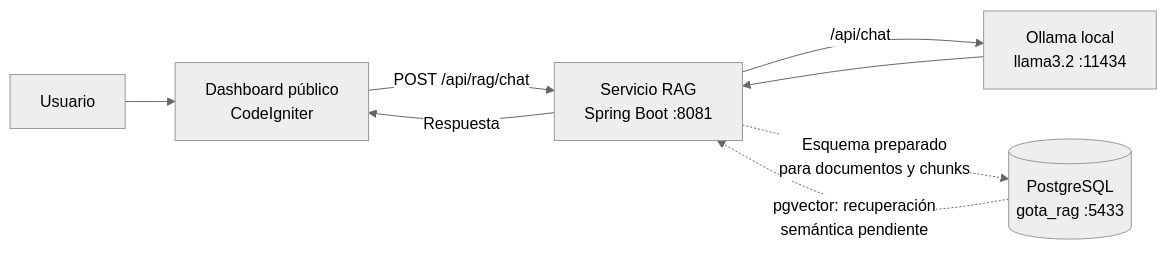
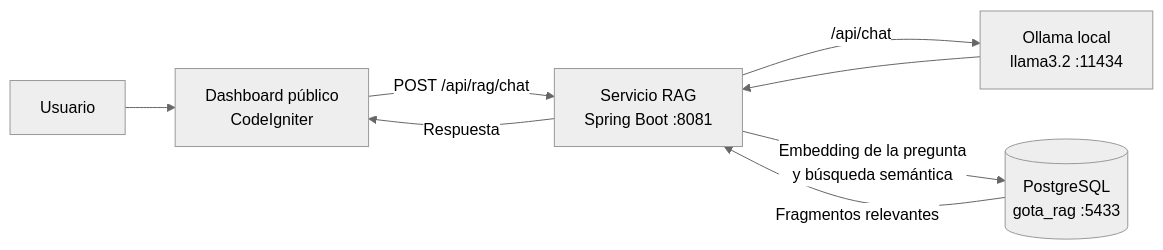
The diagram in rag-service/README.md (uenrqz/GOTA_Ulises), drawn with Mermaid (neutral theme) before and after one commit. The commit also changed other lines of this file and 3 other files, not shown here.

Commit message:
feat: conectar recuperación semántica al chat

````diff
--- a/rag-service/README.md
+++ b/rag-service/README.md
@@ -11,11 +11,11 @@
 ```mermaid
 flowchart LR
     U[Usuario] --> D[Dashboard público<br/>CodeIgniter]
     D -->|POST /api/rag/chat| S[Servicio RAG<br/>Spring Boot :8081]
     S -->|/api/chat| O[Ollama local<br/>llama3.2 :11434]
     O --> S
     S -->|Respuesta| D
 
-    S -.->|Esquema preparado<br/>para documentos y chunks| P[(PostgreSQL<br/>gota_rag :5433)]
-    P -.->|pgvector: recuperación<br/>semántica pendiente| S
+    S -->|Embedding de la pregunta<br/>y búsqueda semántica| P[(PostgreSQL<br/>gota_rag :5433)]
+    P -->|Fragmentos relevantes| S
 ```
````
